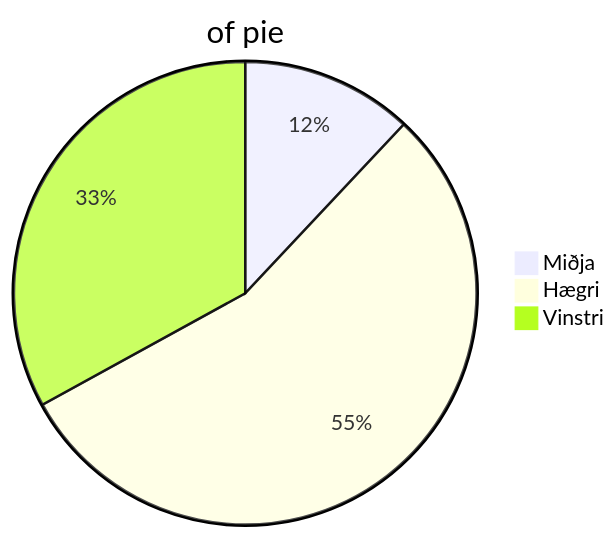
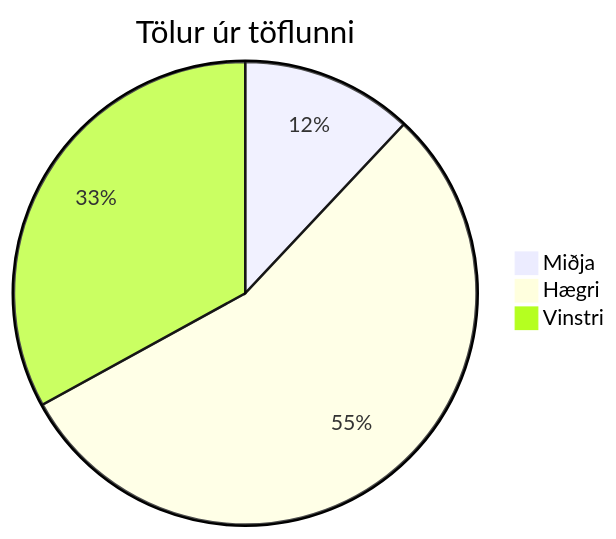
The diagram in Verkefni-1/README.md (BMadur69/Vesm1kt), drawn with Mermaid before and after one commit.

````diff
--- a/Verkefni-1/README.md
+++ b/Verkefni-1/README.md
@@ -26,7 +26,7 @@
 ```mermaid
 pie
-title of pie
+title Tölur úr töflunni 
 "Miðja" : 12
 "Hægri" : 55
 "Vinstri" : 33
 ```
````
